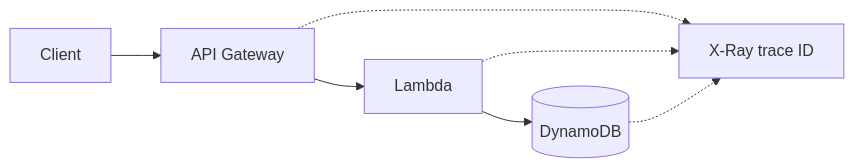
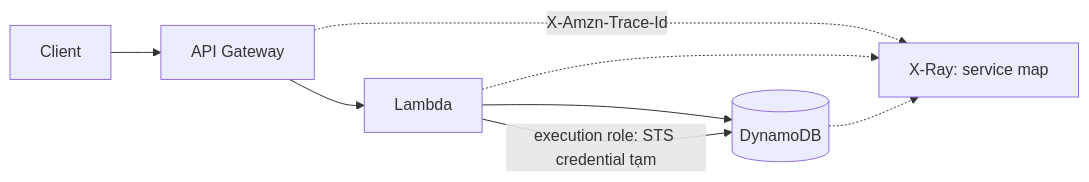
The diagram in src/assets/knowledge/playbooks/aws/aws-developer-toolkit.md (passion-Infinity/personal-tech-playbook), drawn with Mermaid before and after one commit. The commit also changed other lines of this file and 4 other files, not shown here.

First line of the commit message:
Deep-dive rewrite: AWS cost/FinOps, developer toolkit, backup, cert roadmap (AWS topic complete)

````diff
--- a/src/assets/knowledge/playbooks/aws/aws-developer-toolkit.md
+++ b/src/assets/knowledge/playbooks/aws/aws-developer-toolkit.md
@@ -25,7 +39,8 @@
 ```mermaid
 flowchart LR
     C[Client] --> AG["API Gateway"] --> L[Lambda] --> D[(DynamoDB)]
-    AG -.-> X["X-Ray trace ID"]
+    AG -.->|"X-Amzn-Trace-Id"| X["X-Ray: service map"]
     L -.-> X
     D -.-> X
+    L -->|"execution role: STS credential tạm"| D
 ```
````
